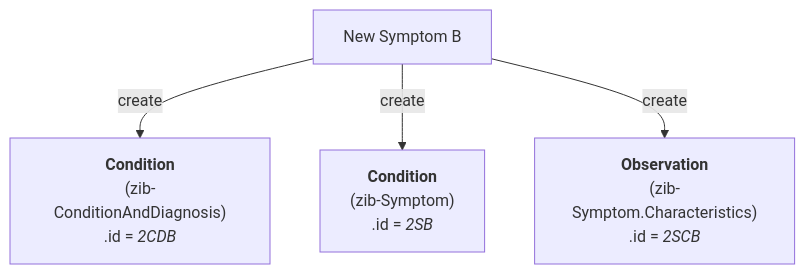
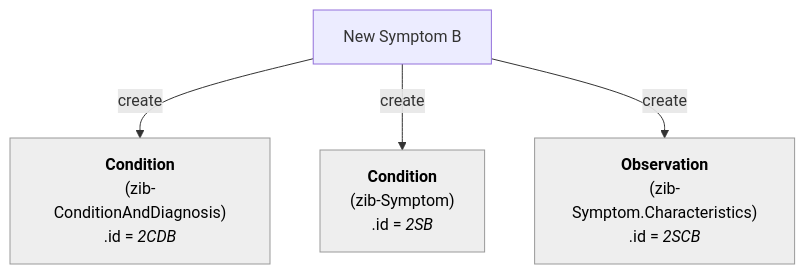
One commit to Nictiz/Nictiz-R4-zib2024 changed the third of 8 diagrams in documentation/Condition-Diagnosis-Symptom.md. Above: the diagram before and after it, drawn with Mermaid. The commit also changed other lines of this file and 5 other files, not shown here.

````diff
--- a/documentation/Condition-Diagnosis-Symptom.md
+++ b/documentation/Condition-Diagnosis-Symptom.md
@@ -79,19 +84,24 @@
 ```mermaid
 flowchart TB
 
 NewSymptom_B["`New Symptom B`"]
 
     CD_B["`**Condition**
         (zib-ConditionAndDiagnosis)
         .id = _2CDB_`"] 
     S_B["`**Condition**
         (zib-Symptom)
         .id = _2SB_`"]
     SC_B["`**Observation**
         (zib-Symptom.Characteristics)
-        .id = _2SCB_`"]    
+        .id = _2SCB_`"]
+
+    CD_B:::Ash
+    S_B:::Ash
+    SC_B:::Ash
+    classDef Ash stroke-width:1px, stroke-dasharray:none, stroke:#999999, fill:#EEEEEE, color:#000000    
 
 NewSymptom_B -- create --> CD_B
 NewSymptom_B -- create --> S_B
 NewSymptom_B -- create --> SC_B
 ```
````
